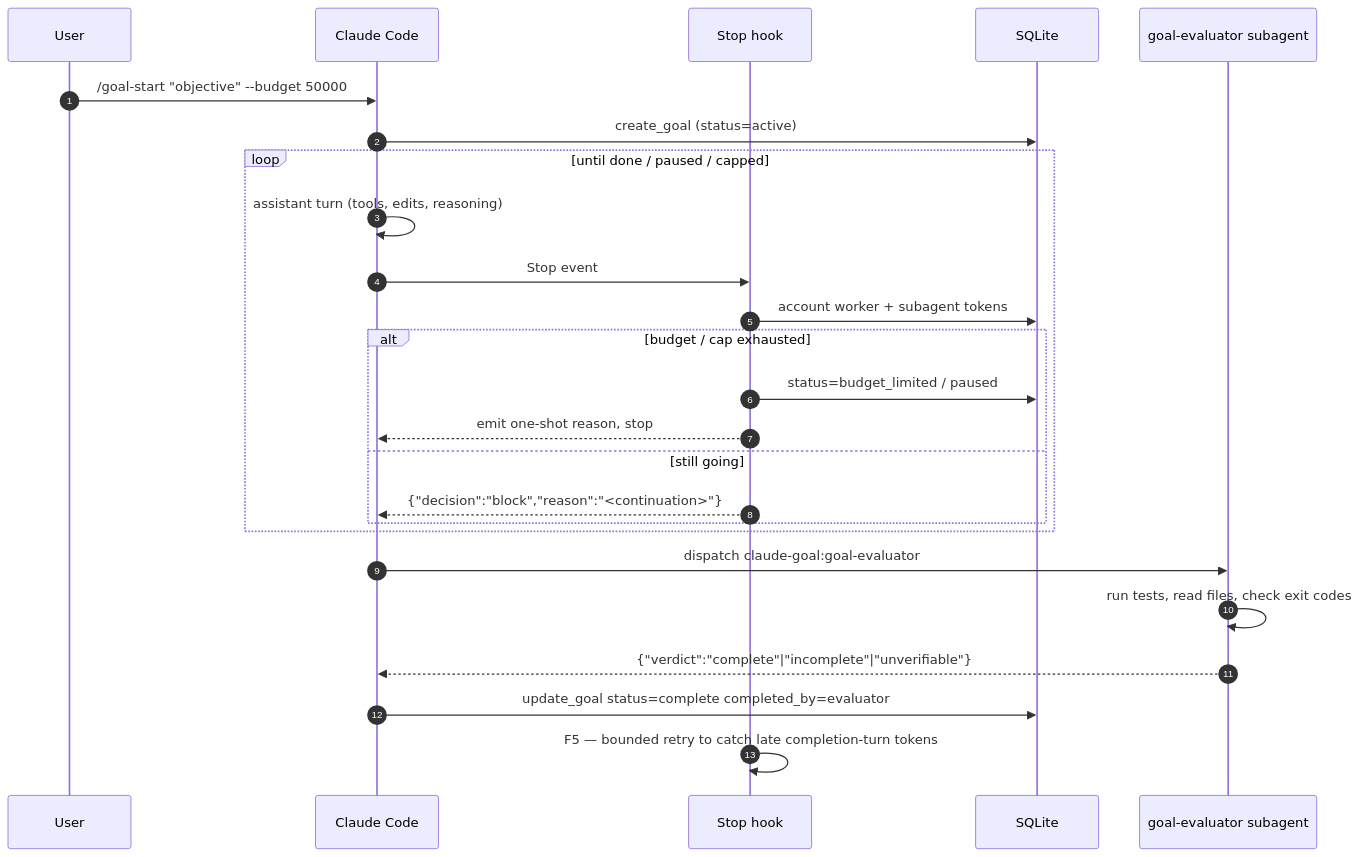
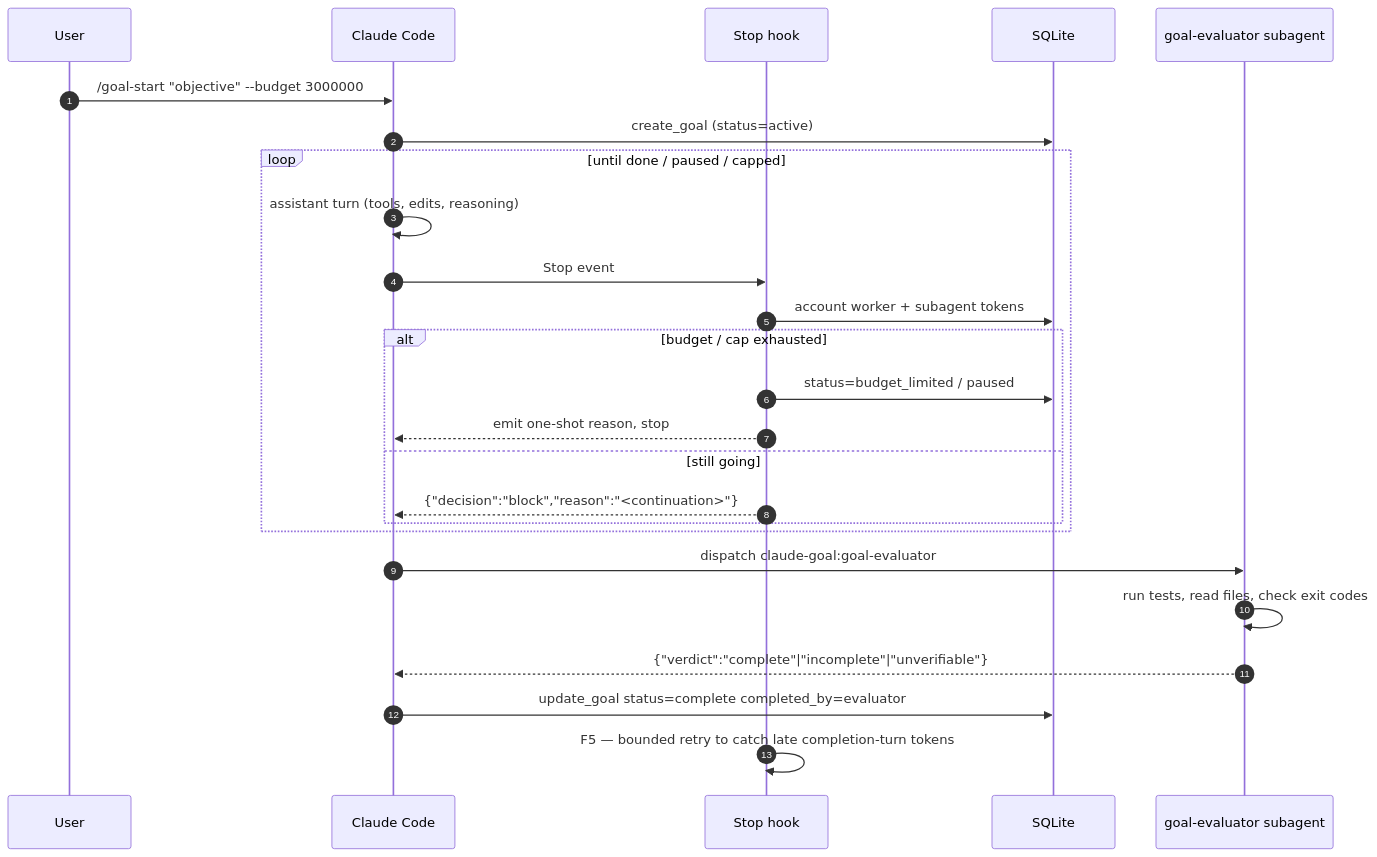
The diagram in README.md (nuko-nova-dynamics/claude-goal), drawn with Mermaid before and after one commit. The commit also changed other lines of this file and 4 other files, not shown here.

````diff
--- a/README.md
+++ b/README.md
@@ -78,28 +78,28 @@
 ```mermaid
 sequenceDiagram
     autonumber
     participant User
     participant CC as Claude Code
     participant Hook as Stop hook
     participant DB as SQLite
     participant Eval as goal-evaluator subagent
 
-    User->>CC: /goal-start "objective" --budget 50000
+    User->>CC: /goal-start "objective" --budget 3000000
     CC->>DB: create_goal (status=active)
     loop until done / paused / capped
         CC->>CC: assistant turn (tools, edits, reasoning)
         CC->>Hook: Stop event
         Hook->>DB: account worker + subagent tokens
         alt budget / cap exhausted
             Hook->>DB: status=budget_limited / paused
             Hook-->>CC: emit one-shot reason, stop
         else still going
             Hook-->>CC: {"decision":"block","reason":"<continuation>"}
         end
     end
     CC->>Eval: dispatch claude-goal:goal-evaluator
     Eval->>Eval: run tests, read files, check exit codes
     Eval-->>CC: {"verdict":"complete"|"incomplete"|"unverifiable"}
     CC->>DB: update_goal status=complete completed_by=evaluator
     Hook->>Hook: F5 — bounded retry to catch late completion-turn tokens
 ```
````
